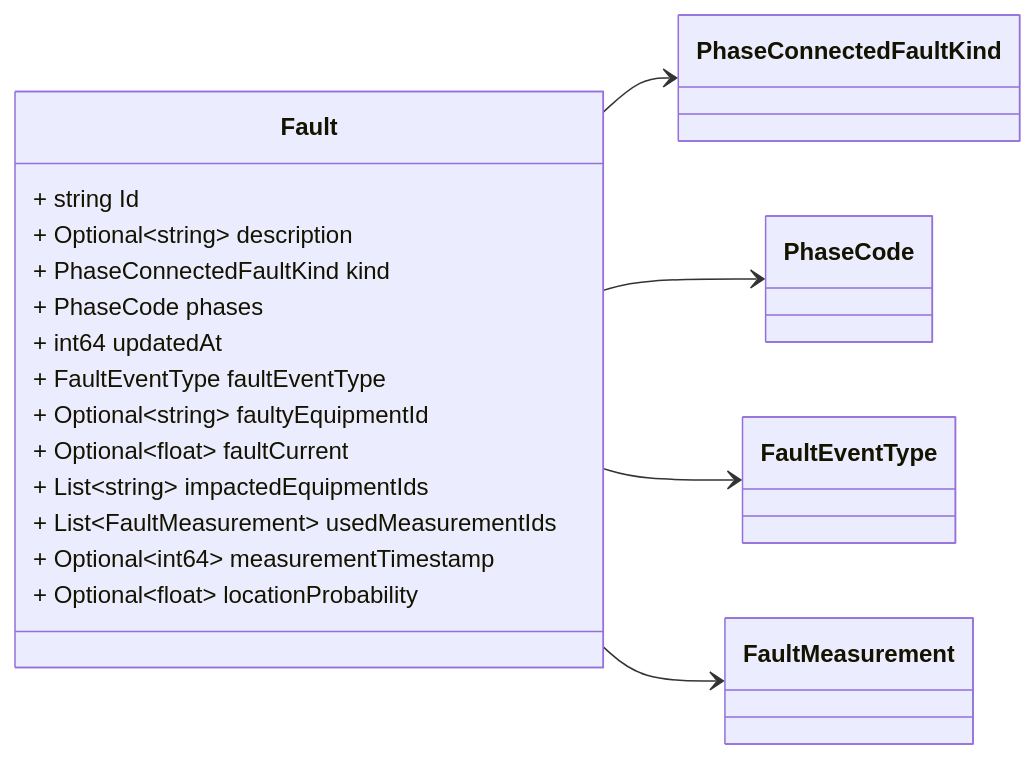
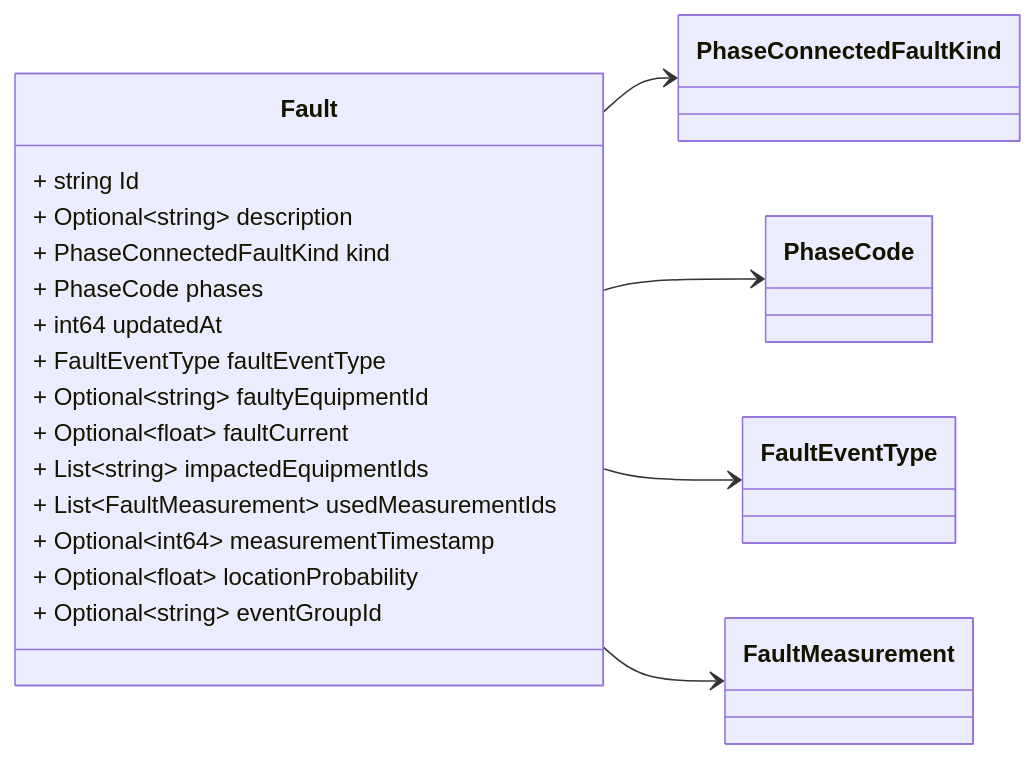
The fourth of 7 diagrams in docs/grid/v1/fault.proto.md (zaphiro-technologies/protobuf), drawn with Mermaid before and after one commit. The commit also changed other lines of this file and 4 other files, not shown here.

````diff
--- a/docs/grid/v1/fault.proto.md
+++ b/docs/grid/v1/fault.proto.md
@@ -206,55 +206,56 @@
 ```mermaid
 classDiagram
 direction LR
 
 %% Abnormal condition causing current flow through conducting equipment, such as
 %% caused by equipment failure or short circuits from objects not typically
 %% modelled (for example, a tree falling on a line).
 %% 
 %% This message is modelled after [CIM
 %% Fault](https://zepben.github.io/evolve/docs/cim/cim100/TC57CIM/IEC61970/Base/Faults/Fault)
 %% according to the extensions defined in the
 %% [fault-data-storage](https://github.com/zaphiro-technologies/architecture/blob/main/features/31-fault-data-storage.md#data-structures)
 %% feature.
 %% 
 %% Faults messages represent events linked to a given fault (identified by the id).
 %% From the point of view of storage the sequence of events may be handled in a way
 %% that does not map totally to the single event, e.g. by combining multiple events
 %% in a single database row.
 %% 
 %% When a fault is detected, an `Fault` message event of type
 %% `FAULT_EVENT_TYPE_STARTED` is generated, when a fault is located (and multiple
 %% locations can occur for the same fault) and a `Fault` event message of type
 %% `FAULT_EVENT_TYPE_LOCATED` is generated. When a fault ends, a `Fault` event
 %% message of type `FAULT_EVENT_TYPE_ENDED` is generated. Certain fields of the
 %% Fault event message may be populated only in case of event type
 %% `FAULT_EVENT_TYPE_LOCATED` (i.e. `locationProbability`, `measurementTimestamp`).
 %% 
 %% Headers used in rabbitMQ:
 %% * `id` (string): id of the `Fault`
 %% * `type` (string): always `Fault`
 %% * `producerId` (string): the id of the producer (e.g. a PMU) linked to the
 %% notification.
 %% * `sourceType` (string): the Fault source type. cf enum EventSourceType
 %% 
 
 class Fault {
   + string Id
   + Optional~string~ description
   + PhaseConnectedFaultKind kind
   + PhaseCode phases
   + int64 updatedAt
   + FaultEventType faultEventType
   + Optional~string~ faultyEquipmentId
   + Optional~float~ faultCurrent
   + List~string~ impactedEquipmentIds
   + List~FaultMeasurement~ usedMeasurementIds
   + Optional~int64~ measurementTimestamp
   + Optional~float~ locationProbability
+  + Optional~string~ eventGroupId
 }
 Fault --> `PhaseConnectedFaultKind`
 Fault --> `PhaseCode`
 Fault --> `FaultEventType`
 Fault --> `FaultMeasurement`
 
 ```
````
